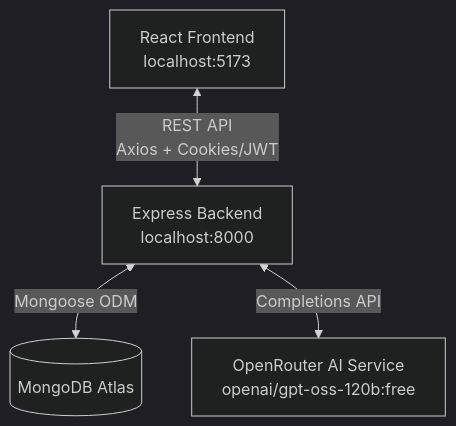
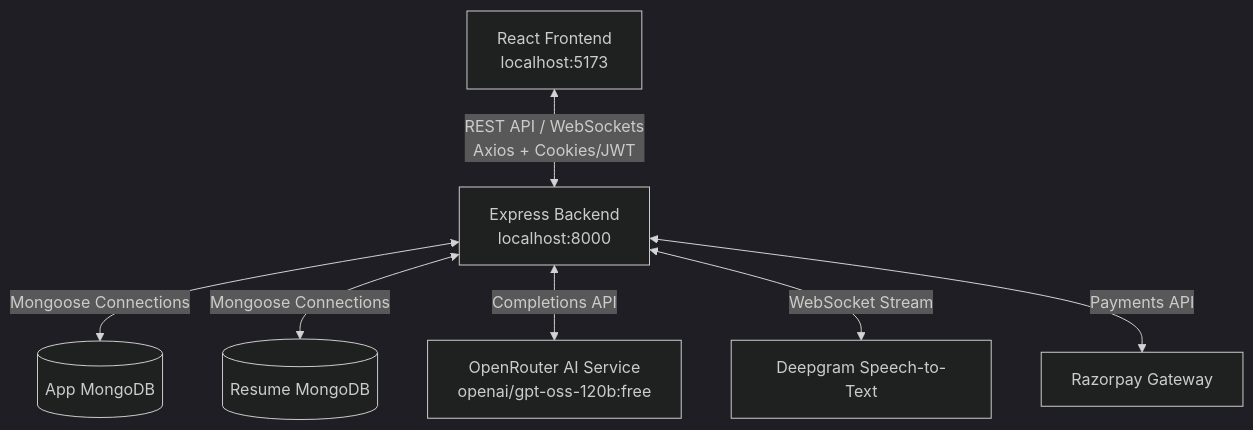
Before and after one commit to aarnav24/ai_mock_interview: the first of 2 diagrams in README.md, drawn with Mermaid (dark theme). The commit also changed other lines of this file, not shown here.

Commit message:
docs: update README with new payment, audio streaming, and architecture details

````diff
--- a/README.md
+++ b/README.md
@@ -48,6 +54,9 @@
 ```mermaid
 graph TD
-    Client[React Frontend <br> localhost:5173] <-->|REST API <br> Axios + Cookies/JWT| Server[Express Backend <br> localhost:8000]
-    Server <-->|Mongoose ODM| MongoDB[(MongoDB Atlas)]
+    Client[React Frontend <br> localhost:5173] <-->|REST API / WebSockets <br> Axios + Cookies/JWT| Server[Express Backend <br> localhost:8000]
+    Server <-->|Mongoose Connections| MongoMainDB[(App MongoDB)]
+    Server <-->|Mongoose Connections| MongoResumeDB[(Resume MongoDB)]
     Server <-->|Completions API| OpenRouter[OpenRouter AI Service <br> openai/gpt-oss-120b:free]
+    Server <-->|WebSocket Stream| Deepgram[Deepgram Speech-to-Text]
+    Server <-->|Payments API| Razorpay[Razorpay Gateway]
 ```
````
